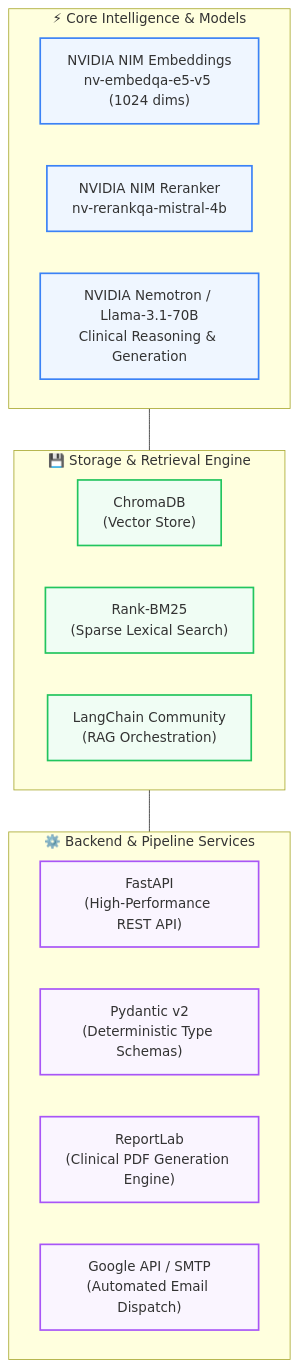
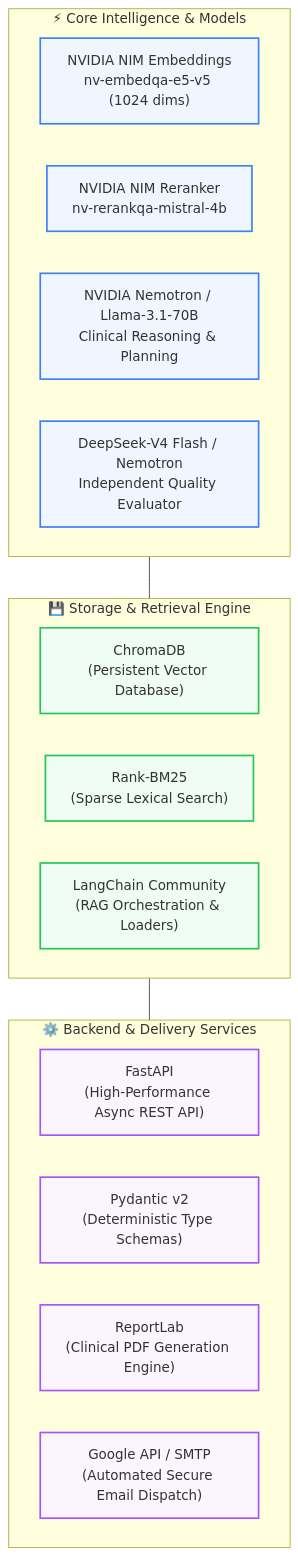
Before and after one commit to Minamagdy272/MediScan: diagram 11 of 11 in README.md, drawn with Mermaid. The commit also changed other lines of this file, not shown here.

Commit message:
docs: enrich README with complete technical documentation, data models, math formulas, and architecture diagrams

````diff
--- a/README.md
+++ b/README.md
@@ -343,30 +529,31 @@
 ```mermaid
 graph TD
     subgraph CORE ["⚡ Core Intelligence & Models"]
         M1["NVIDIA NIM Embeddings<br/>nv-embedqa-e5-v5 (1024 dims)"]
         M2["NVIDIA NIM Reranker<br/>nv-rerankqa-mistral-4b"]
-        M3["NVIDIA Nemotron / Llama-3.1-70B<br/>Clinical Reasoning & Generation"]
+        M3["NVIDIA Nemotron / Llama-3.1-70B<br/>Clinical Reasoning & Planning"]
+        M4["DeepSeek-V4 Flash / Nemotron<br/>Independent Quality Evaluator"]
     end
 
     subgraph DATA_ENGINE ["💾 Storage & Retrieval Engine"]
-        D1["ChromaDB<br/>(Vector Store)"]
+        D1["ChromaDB<br/>(Persistent Vector Database)"]
         D2["Rank-BM25<br/>(Sparse Lexical Search)"]
-        D3["LangChain Community<br/>(RAG Orchestration)"]
+        D3["LangChain Community<br/>(RAG Orchestration & Loaders)"]
     end
 
-    subgraph BACKEND_FRAMEWORK ["⚙️ Backend & Pipeline Services"]
-        B1["FastAPI<br/>(High-Performance REST API)"]
+    subgraph BACKEND_FRAMEWORK ["⚙️ Backend & Delivery Services"]
+        B1["FastAPI<br/>(High-Performance Async REST API)"]
         B2["Pydantic v2<br/>(Deterministic Type Schemas)"]
         B3["ReportLab<br/>(Clinical PDF Generation Engine)"]
-        B4["Google API / SMTP<br/>(Automated Email Dispatch)"]
+        B4["Google API / SMTP<br/>(Automated Secure Email Dispatch)"]
     end
 
     CORE --- DATA_ENGINE --- BACKEND_FRAMEWORK
 
     classDef coreStyle fill:#eff6ff,stroke:#3b82f6,stroke-width:2px;
     classDef dataStyle fill:#f0fdf4,stroke:#22c55e,stroke-width:2px;
     classDef beStyle fill:#faf5ff,stroke:#a855f7,stroke-width:2px;
-    class M1,M2,M3 coreStyle;
+    class M1,M2,M3,M4 coreStyle;
     class D1,D2,D3 dataStyle;
     class B1,B2,B3,B4 beStyle;
 ```
````
